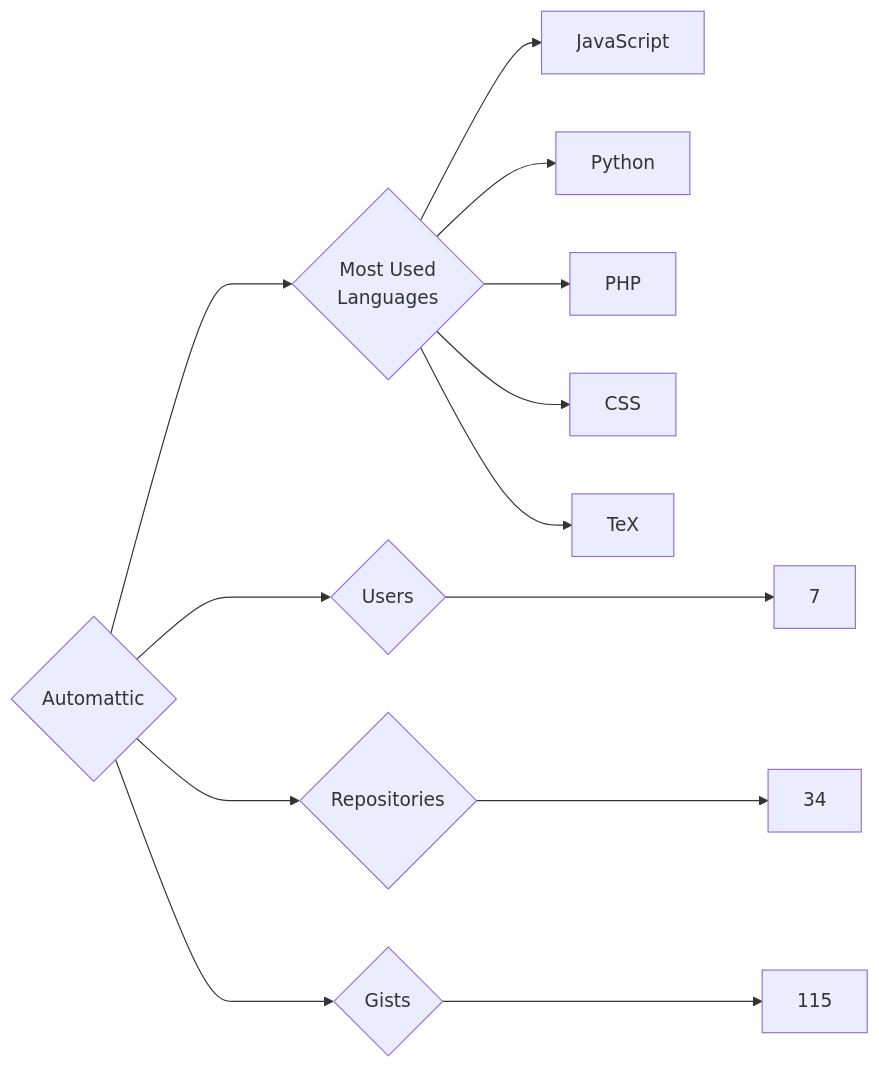
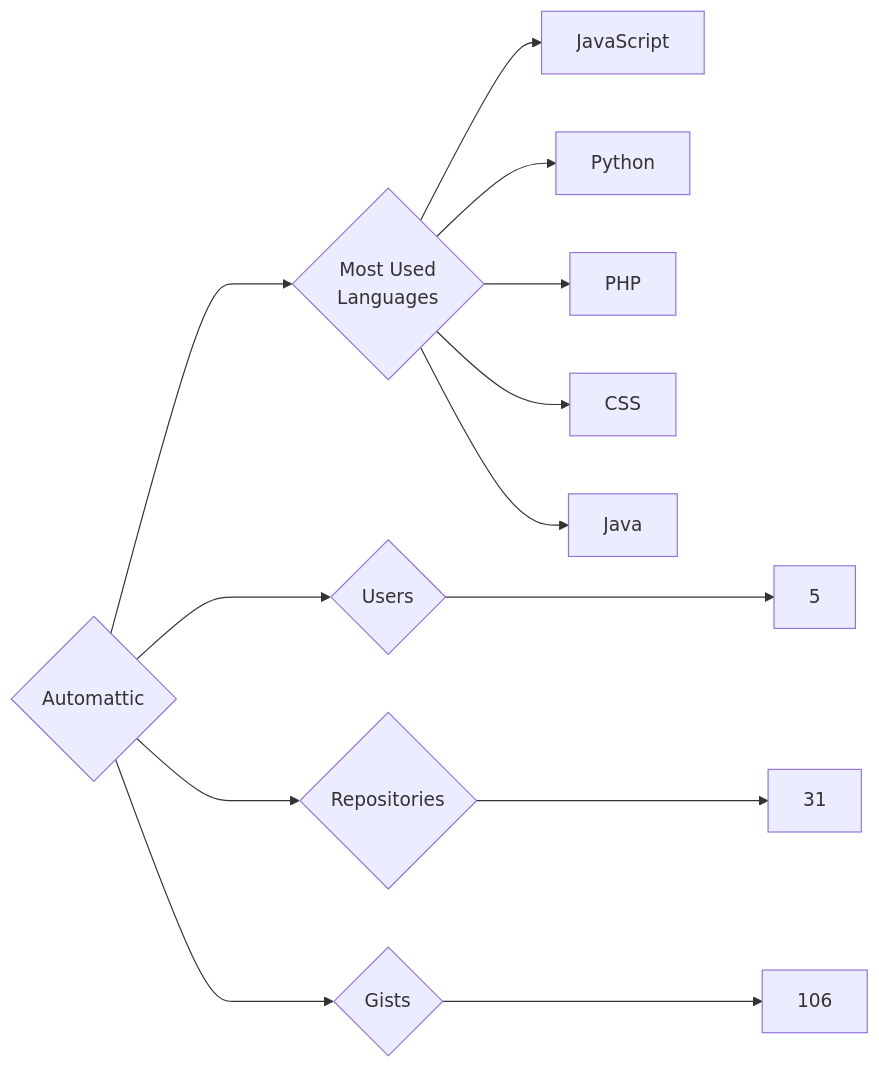
One commit to trickest/insiders changed the diagram in targets/Automattic/README.md. Above: the diagram before and after it, drawn with Mermaid. The commit also changed 1055 other files, not shown here.

````diff
--- a/targets/Automattic/README.md
+++ b/targets/Automattic/README.md
@@ -3,13 +3,13 @@
 ```mermaid
 graph LR
 COMPANY_NAME{Automattic}
-COMPANY_NAME ---> U{Users} ---> UN[7]
-COMPANY_NAME ---> R{Repositories} ---> RN[34]
-COMPANY_NAME ---> G{Gists} ---> GN[115]
+COMPANY_NAME ---> U{Users} ---> UN[5]
+COMPANY_NAME ---> R{Repositories} ---> RN[31]
+COMPANY_NAME ---> G{Gists} ---> GN[106]
 COMPANY_NAME ---> ML{Most Used<br>Languages}
 ML --> JavaScript[JavaScript]
 ML --> Python[Python]
 ML --> PHP[PHP]
 ML --> CSS[CSS]
-ML --> TeX[TeX]
+ML --> Java[Java]
 ```
````
